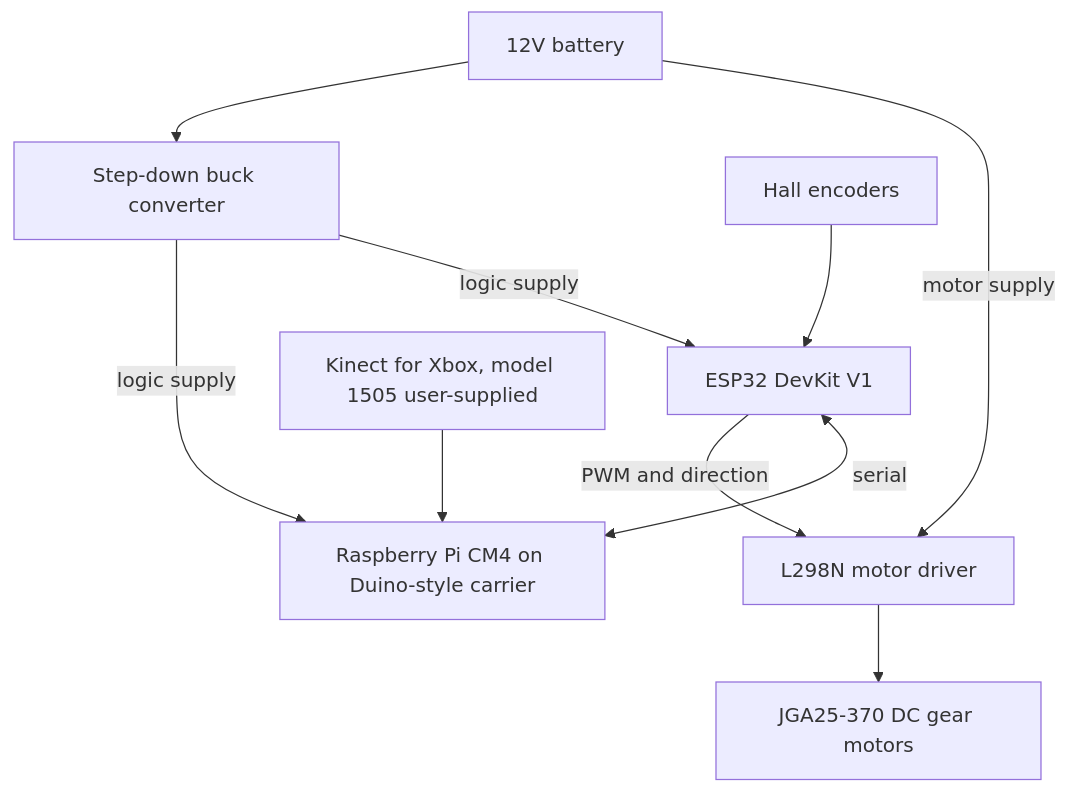
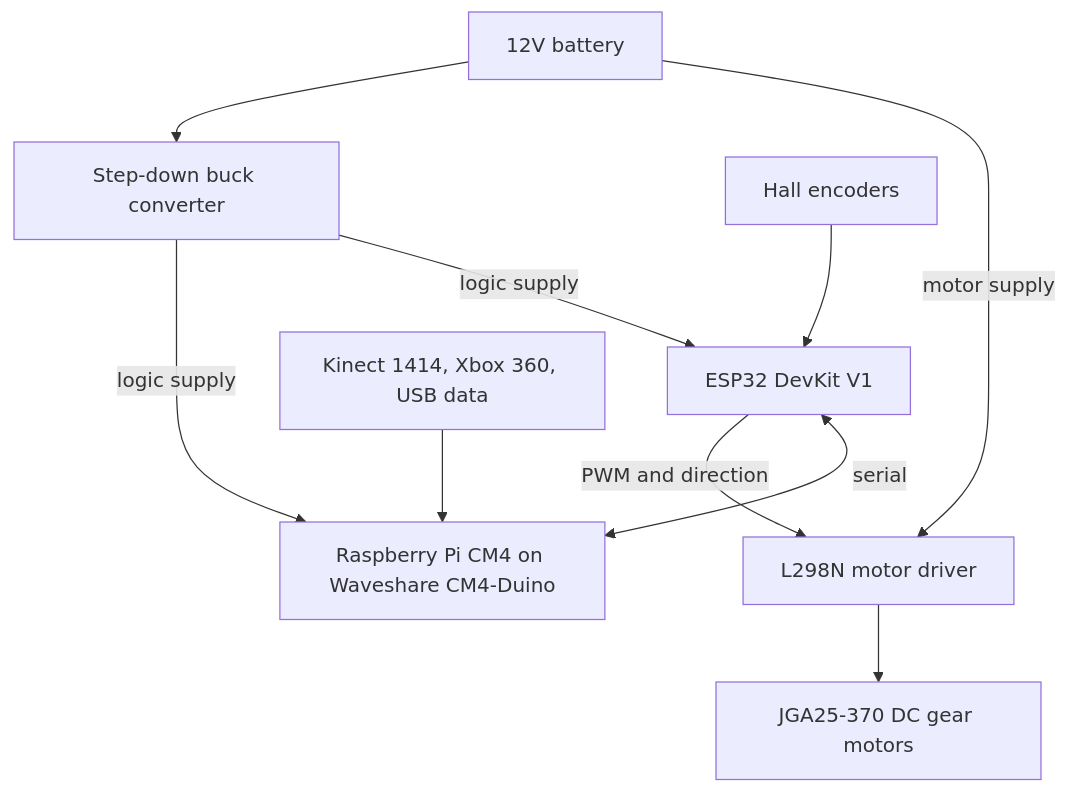
One commit to Vmac89/amr-snall-robot changed the diagram in README.md. Above: the diagram before and after it, drawn with Mermaid. The commit also changed other lines of this file and 9 other files, not shown here.

First line of the commit message:
Record the Kinect as Xbox 360 model 1414.

````diff
--- a/README.md
+++ b/README.md
@@ -45,12 +45,12 @@
 ```mermaid
 flowchart TD
   bat["12V battery"] --> buck["Step-down buck converter"]
   bat -->|"motor supply"| l298["L298N motor driver"]
-  buck -->|"logic supply"| cm4["Raspberry Pi CM4 on Duino-style carrier"]
+  buck -->|"logic supply"| cm4["Raspberry Pi CM4 on Waveshare CM4-Duino"]
   buck -->|"logic supply"| esp["ESP32 DevKit V1"]
   esp -->|"PWM and direction"| l298
   l298 --> motors["JGA25-370 DC gear motors"]
   enc["Hall encoders"] --> esp
-  kinect["Kinect for Xbox, model 1505 user-supplied"] --> cm4
+  kinect["Kinect 1414, Xbox 360, USB data"] --> cm4
   esp <-->|"serial"| cm4
 ```
````
